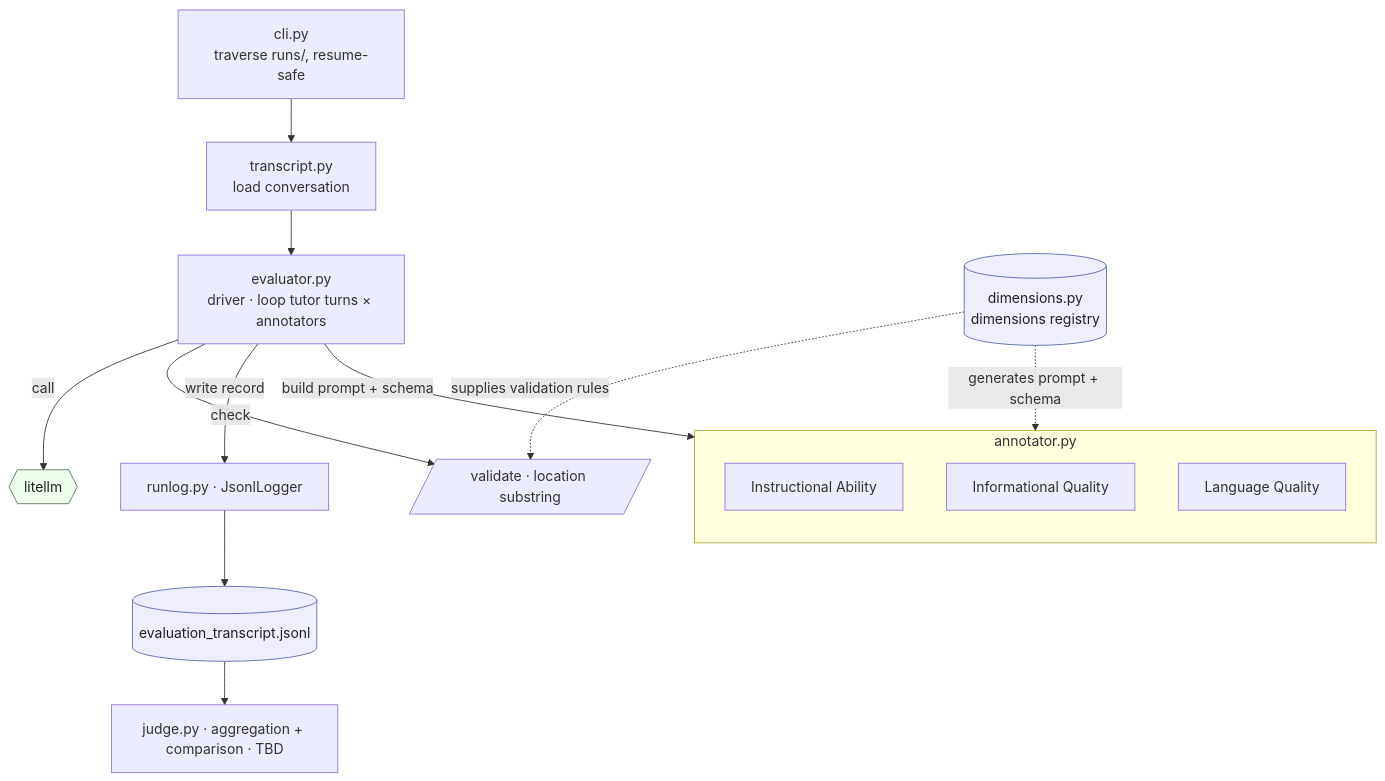
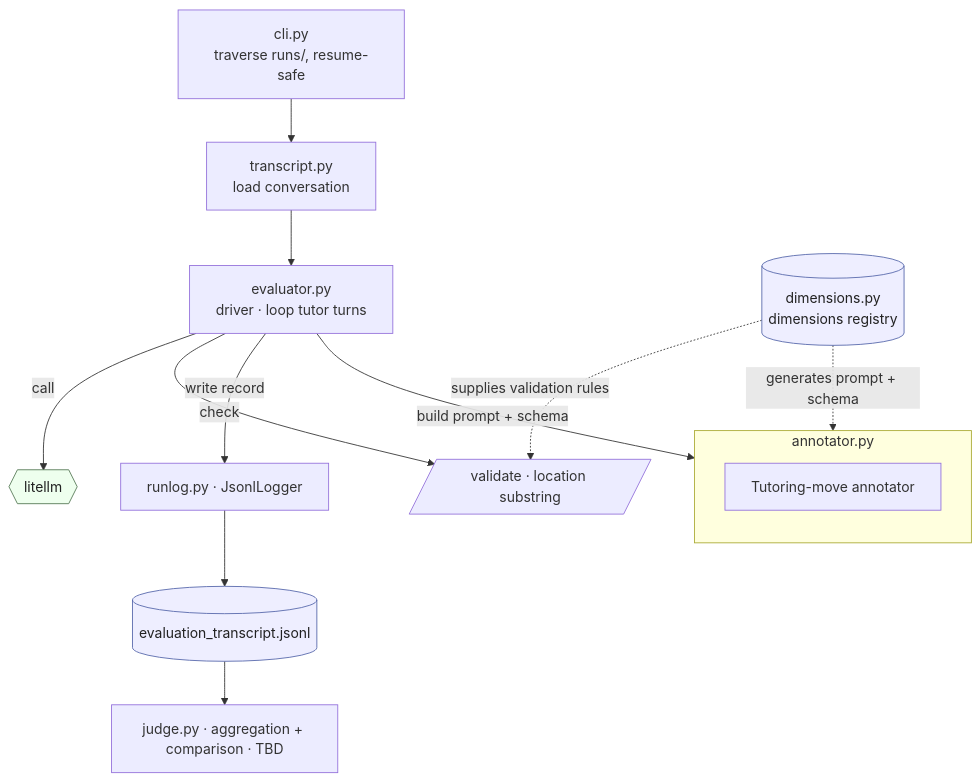
Before and after one commit to ddeepak95/tutoring-simulation: the diagram in docs/evaluation.md, drawn with Mermaid. The commit also changed other lines of this file and 10 other files, not shown here.

````diff
--- a/docs/evaluation.md
+++ b/docs/evaluation.md
@@ -10,31 +10,29 @@
 ```mermaid
 flowchart TD
     %% cli drives the outer loop
     cli[cli.py<br/>traverse runs/, resume-safe] --> load[transcript.py<br/>load conversation]
-    load --> evaluator[evaluator.py<br/>driver · loop tutor turns × annotators]
+    load --> evaluator[evaluator.py<br/>driver · loop tutor turns]
 
     %% evaluator is the orchestrator
     evaluator -->|build prompt + schema| annotate
     evaluator -->|call| llm{{litellm}}
     evaluator -->|check| validate[/validate · location substring/]
     evaluator -->|write record| runlog[runlog.py · JsonlLogger]
 
     subgraph annotate [annotator.py]
         direction TB
-        ia[Instructional Ability]
-        iq[Informational Quality]
-        lq[Language Quality]
+        ia[Tutoring-move annotator]
     end
 
     runlog --> out[(evaluation_transcript.jsonl)]
     out --> judge[judge.py · aggregation + comparison · TBD]
 
     %% dimensions registry feeds the pipeline from the side
     dims[(dimensions.py<br/> dimensions registry)] -. generates prompt + schema .-> annotate
     dims -. supplies validation rules .-> validate
 
     classDef store fill:#eef,stroke:#5566aa,color:#222;
     classDef ext fill:#efe,stroke:#557755,color:#222;
     class out,dims store;
     class llm ext;
 ```
````
